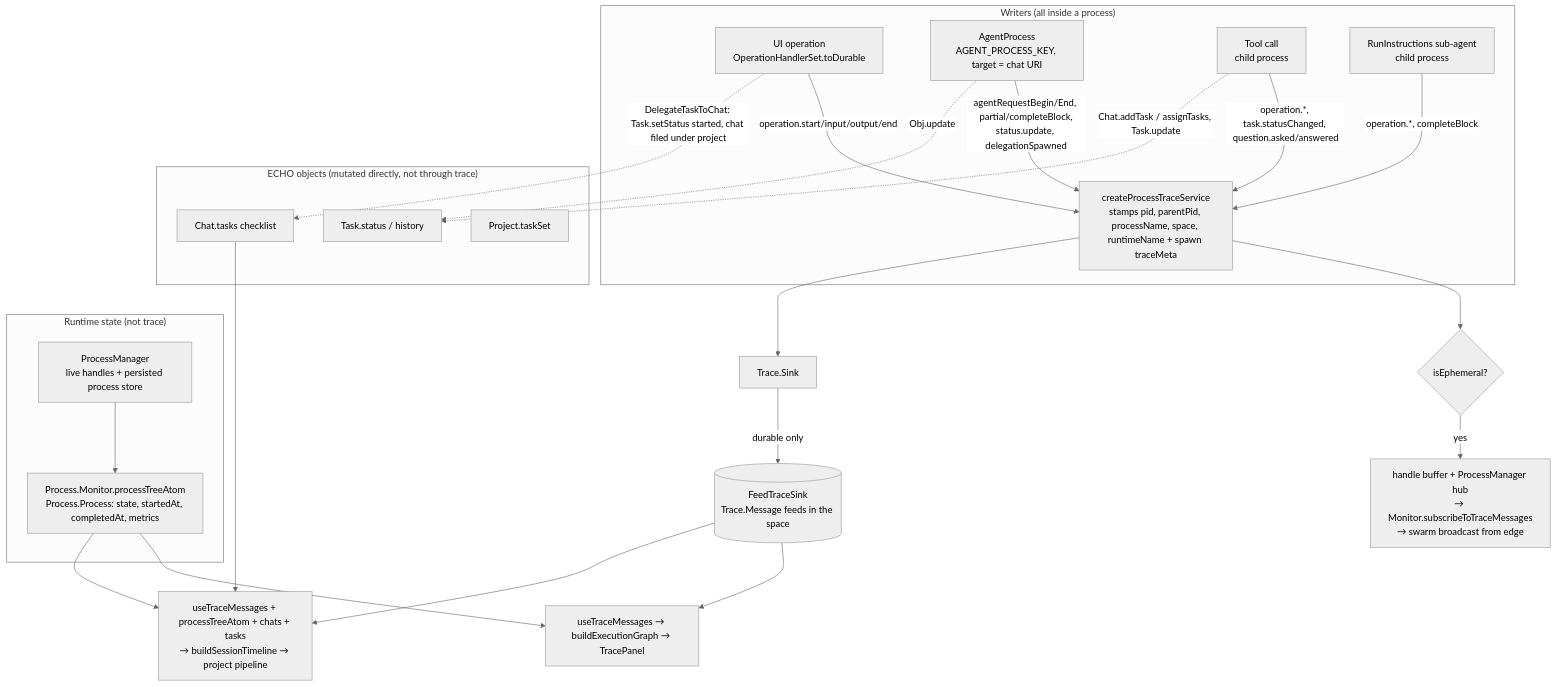
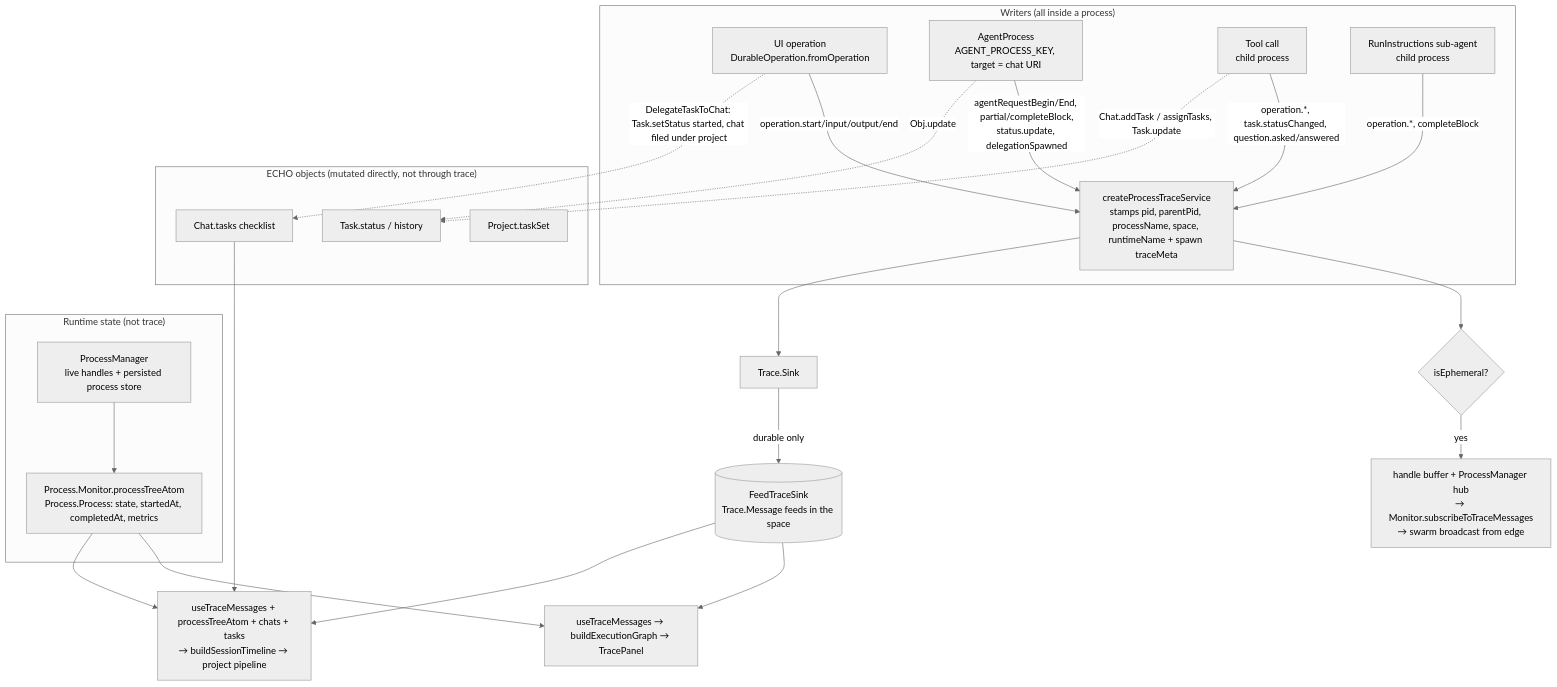
The third of 9 diagrams in packages/plugins/plugin-assistant/docs/ACTIVITY.md (dxos/dxos), drawn with Mermaid (neutral theme) before and after one commit. The commit also changed other lines of this file and 12 other files, not shown here.

First line of the commit message:
compute-runtime: move operation->durable adapter out of OperationHandlerSet

````diff
--- a/packages/plugins/plugin-assistant/docs/ACTIVITY.md
+++ b/packages/plugins/plugin-assistant/docs/ACTIVITY.md
@@ -171,29 +171,29 @@
 ```mermaid
 flowchart TB
   subgraph writers["Writers (all inside a process)"]
-    UI[UI operation<br/>OperationHandlerSet.toDurable] -->|operation.start/input/output/end| TS
+    UI[UI operation<br/>DurableOperation.fromOperation] -->|operation.start/input/output/end| TS
     AG["AgentProcess<br/>AGENT_PROCESS_KEY, target = chat URI"] -->|"agentRequestBegin/End, partial/completeBlock,<br/>status.update, delegationSpawned"| TS
     TOOL[Tool call<br/>child process] -->|"operation.*, task.statusChanged, question.asked/answered"| TS
     SUB[RunInstructions sub-agent<br/>child process] -->|"operation.*, completeBlock"| TS
   end
   TS["createProcessTraceService<br/>stamps pid, parentPid, processName, space, runtimeName + spawn traceMeta"] --> EPH
   TS --> SINK
   EPH{isEphemeral?} -->|yes| HUB["handle buffer + ProcessManager hub<br/>→ Monitor.subscribeToTraceMessages<br/>→ swarm broadcast from edge"]
   SINK[Trace.Sink] -->|durable only| FEED[("FeedTraceSink<br/>Trace.Message feeds in the space")]
   subgraph state["Runtime state (not trace)"]
     PM["ProcessManager<br/>live handles + persisted process store"] --> MON["Process.Monitor.processTreeAtom<br/>Process.Process: state, startedAt, completedAt, metrics"]
   end
   subgraph objects["ECHO objects (mutated directly, not through trace)"]
     CHAT[Chat.tasks checklist]
     TASK[Task.status / history]
     PROJ[Project.taskSet]
   end
   AG -.->|Obj.update| TASK
   TOOL -.->|"Chat.addTask / assignTasks, Task.update"| TASK
   UI -.->|"DelegateTaskToChat: Task.setStatus started, chat filed under project"| CHAT
   FEED --> R1[useTraceMessages → buildExecutionGraph → TracePanel]
   FEED --> R2["useTraceMessages + processTreeAtom + chats + tasks<br/>→ buildSessionTimeline → project pipeline"]
   MON --> R1
   MON --> R2
   CHAT --> R2
 ```
````
